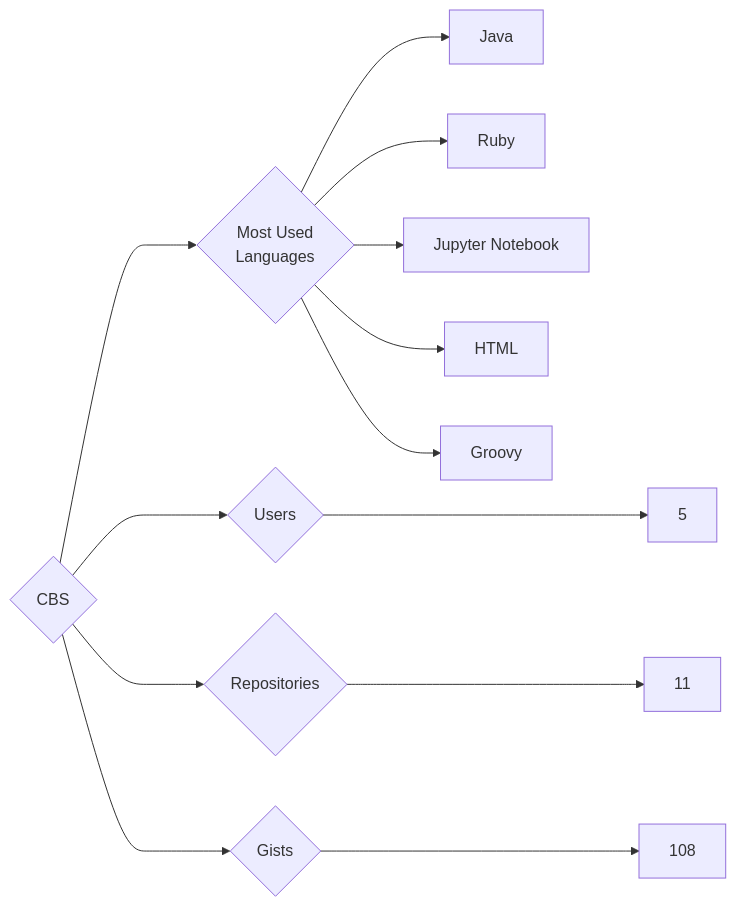
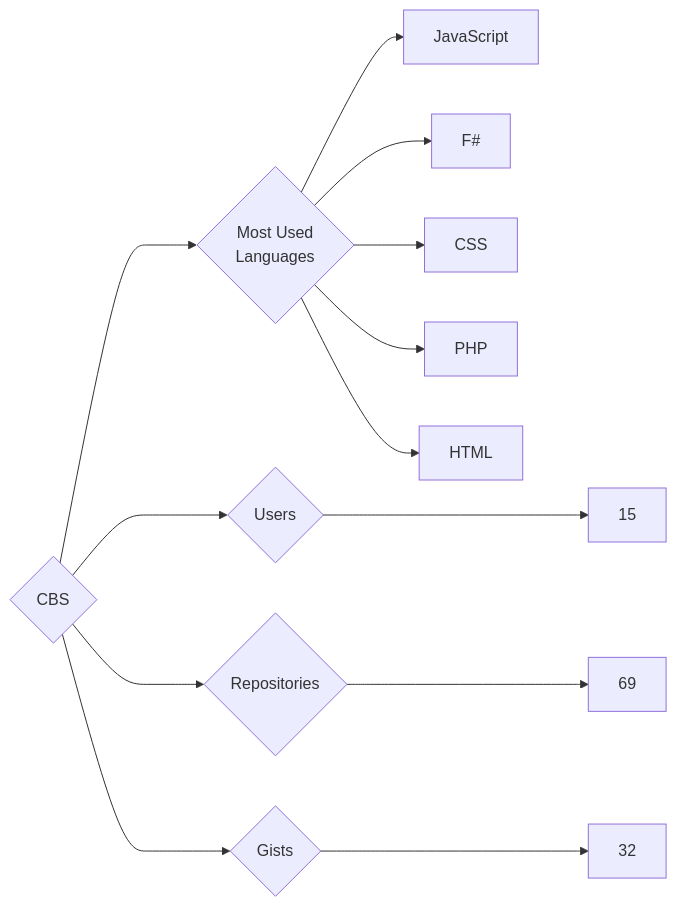
One commit to trickest/insiders changed the diagram in targets/CBS/README.md. Above: the diagram before and after it, drawn with Mermaid. The commit also changed 752 other files, not shown here.

````diff
--- a/targets/CBS/README.md
+++ b/targets/CBS/README.md
@@ -3,13 +3,13 @@
 ```mermaid
 graph LR
 COMPANY_NAME{CBS}
-COMPANY_NAME ---> U{Users} ---> UN[5]
-COMPANY_NAME ---> R{Repositories} ---> RN[11]
-COMPANY_NAME ---> G{Gists} ---> GN[108]
+COMPANY_NAME ---> U{Users} ---> UN[15]
+COMPANY_NAME ---> R{Repositories} ---> RN[69]
+COMPANY_NAME ---> G{Gists} ---> GN[32]
 COMPANY_NAME ---> ML{Most Used<br>Languages}
-ML --> Java[Java]
-ML --> Ruby[Ruby]
-ML --> Jupyter_Notebook[Jupyter Notebook]
+ML --> JavaScript[JavaScript]
+ML --> F#[F#]
+ML --> CSS[CSS]
+ML --> PHP[PHP]
 ML --> HTML[HTML]
-ML --> Groovy[Groovy]
 ```
````
